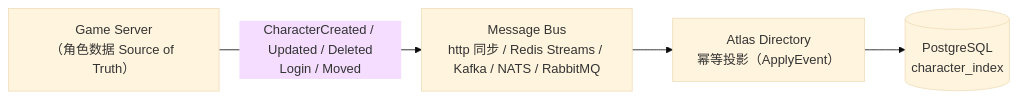
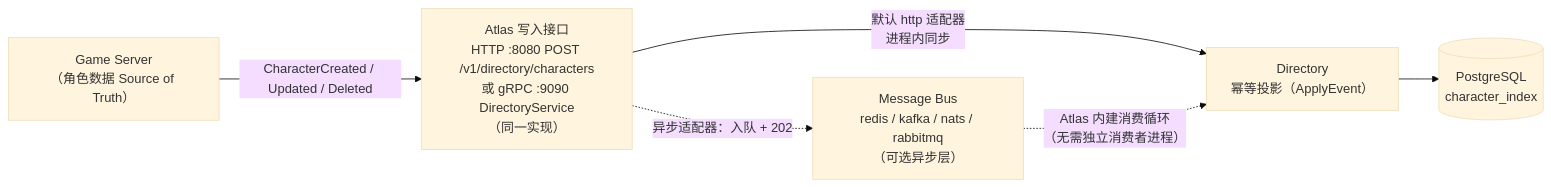
Before and after one commit to cuihairu/atlas: the sixth of 8 diagrams in docs/architecture.md, drawn with Mermaid (base theme). The commit also changed other lines of this file and 5 other files, not shown here.

First line of the commit message:
docs: 修正角色事件流向图 — 写接口是唯一入口,消息队列段在 Atlas 内部,游戏服务器不直连 broker

````diff
--- a/docs/architecture.md
+++ b/docs/architecture.md
@@ -143,7 +153,14 @@
 ```mermaid
 flowchart LR
     GS["Game Server<br/>（角色数据 Source of Truth）"]
-    GS -->|CharacterCreated / Updated / Deleted<br/>Login / Moved| BUS["Message Bus<br/>http 同步 / Redis Streams / Kafka / NATS / RabbitMQ"]
-    BUS --> A["Atlas Directory<br/>幂等投影（ApplyEvent）"]
-    A --> PG[("PostgreSQL<br/>character_index")]
+    EP["Atlas 写入接口<br/>HTTP :8080 POST /v1/directory/characters<br/>或 gRPC :9090 DirectoryService<br/>（同一实现）"]
+    A["Directory<br/>幂等投影（ApplyEvent）"]
+    BUS["Message Bus<br/>redis / kafka / nats / rabbitmq<br/>（可选异步层）"]
+    PG[("PostgreSQL<br/>character_index")]
+
+    GS -->|"CharacterCreated / Updated / Deleted"| EP
+    EP -->|"默认 http 适配器<br/>进程内同步"| A
+    EP -.->|"异步适配器：入队 + 202"| BUS
+    BUS -.->|"Atlas 内建消费循环<br/>（无需独立消费者进程）"| A
+    A --> PG
 ```
````
